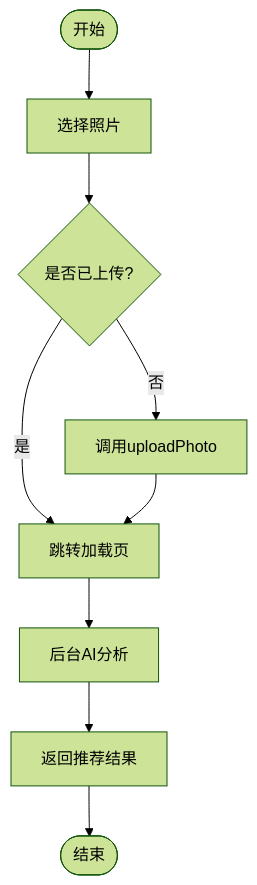
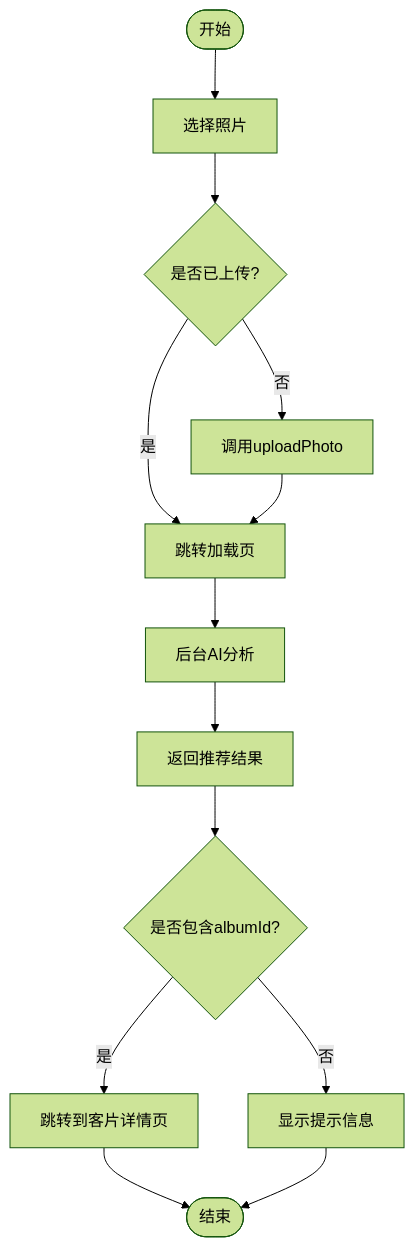
The fourth of 8 diagrams in .qoder/repowiki/zh/content/核心功能模块/AI试衣功能/AI试衣支付系统.md (crazyma99/blueberry), drawn with Mermaid (forest theme) before and after one commit. The commit also changed other lines of this file and 6 other files, not shown here.

````diff
--- a/.qoder/repowiki/zh/content/核心功能模块/AI试衣功能/AI试衣支付系统.md
+++ b/.qoder/repowiki/zh/content/核心功能模块/AI试衣功能/AI试衣支付系统.md
@@ -231,11 +257,15 @@
 ```mermaid
 flowchart TD
 Start(["开始"]) --> Choose["选择照片"]
 Choose --> Upload{"是否已上传?"}
 Upload --> |否| DoUpload["调用uploadPhoto"]
 Upload --> |是| Next["跳转加载页"]
 DoUpload --> Next
 Next --> Analyze["后台AI分析"]
 Analyze --> Result["返回推荐结果"]
-Result --> End(["结束"])
+Result --> CheckAlbum{"是否包含albumId?"}
+CheckAlbum --> |是| Navigate["跳转到客片详情页"]
+CheckAlbum --> |否| ShowToast["显示提示信息"]
+Navigate --> End(["结束"])
+ShowToast --> End
 ```
````
